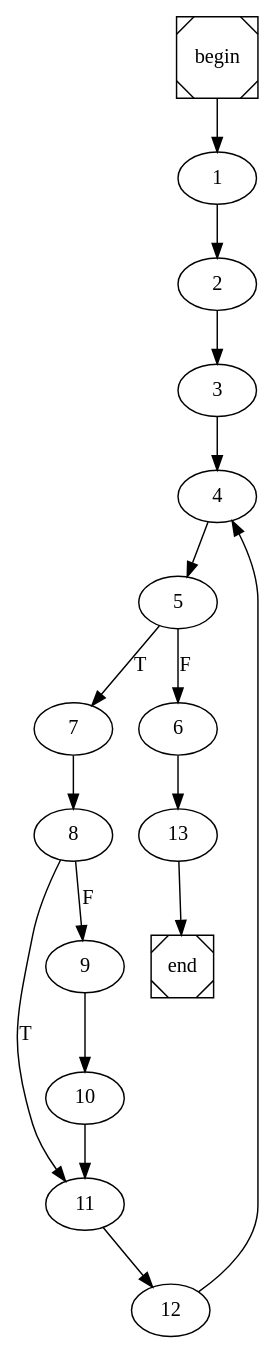
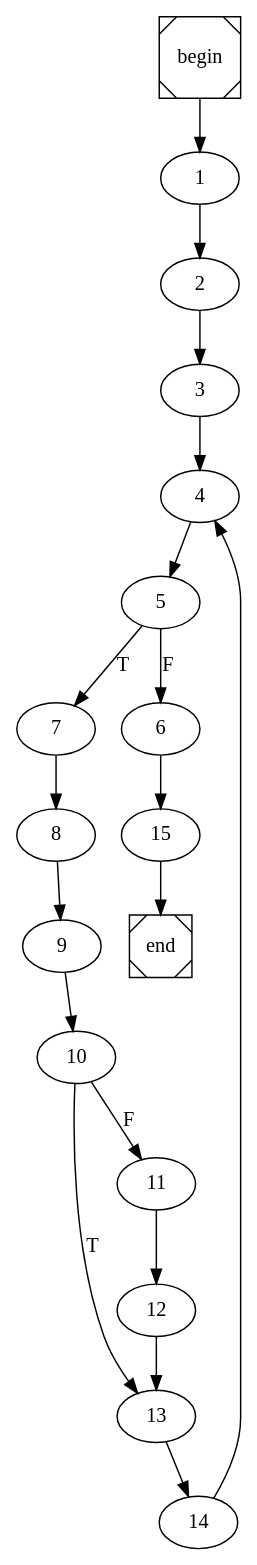
Before and after one commit to ivSaav/COMP: the diagram in find_maximum.dot, drawn with Graphviz. The commit also changed 6 other files, not shown here.

```diff
--- a/find_maximum.dot
+++ b/find_maximum.dot
@@ -1,4 +1,4 @@
 digraph cfg {
 	begin [shape=Msquare];
 	end [shape=Msquare];
-	begin -> 1;	1 -> 2;	2 -> 3;	3 -> 4;	4 -> 5;	5 -> 7[label=T];	5 -> 6[label=F];	6 -> 13;	7 -> 8;	8 -> 11[label=T];	8 -> 9[label=F];	9 -> 10;	10 -> 11;	11 -> 12;	12 -> 4;	13 -> end;}
+	begin -> 1;	1 -> 2;	2 -> 3;	3 -> 4;	4 -> 5;	5 -> 7[label=T];	5 -> 6[label=F];	6 -> 15;	7 -> 8;	8 -> 9;	9 -> 10;	10 -> 13[label=T];	10 -> 11[label=F];	11 -> 12;	12 -> 13;	13 -> 14;	14 -> 4;	15 -> end;}
```
